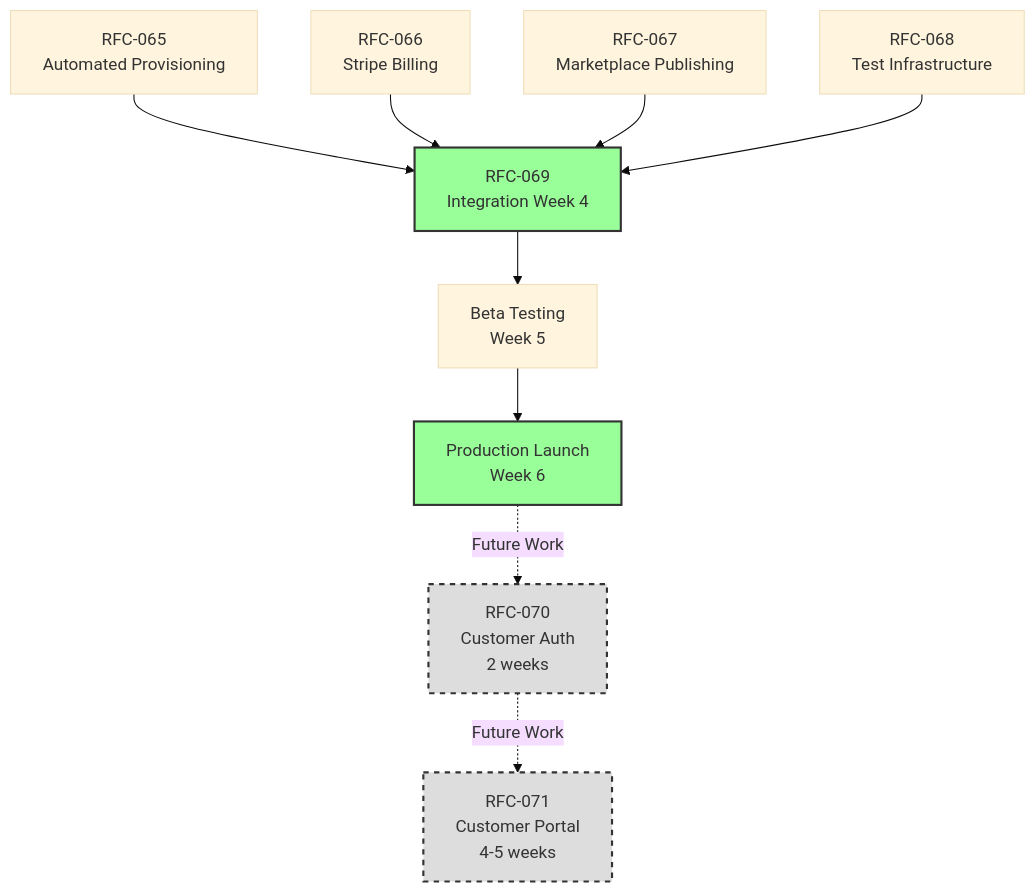
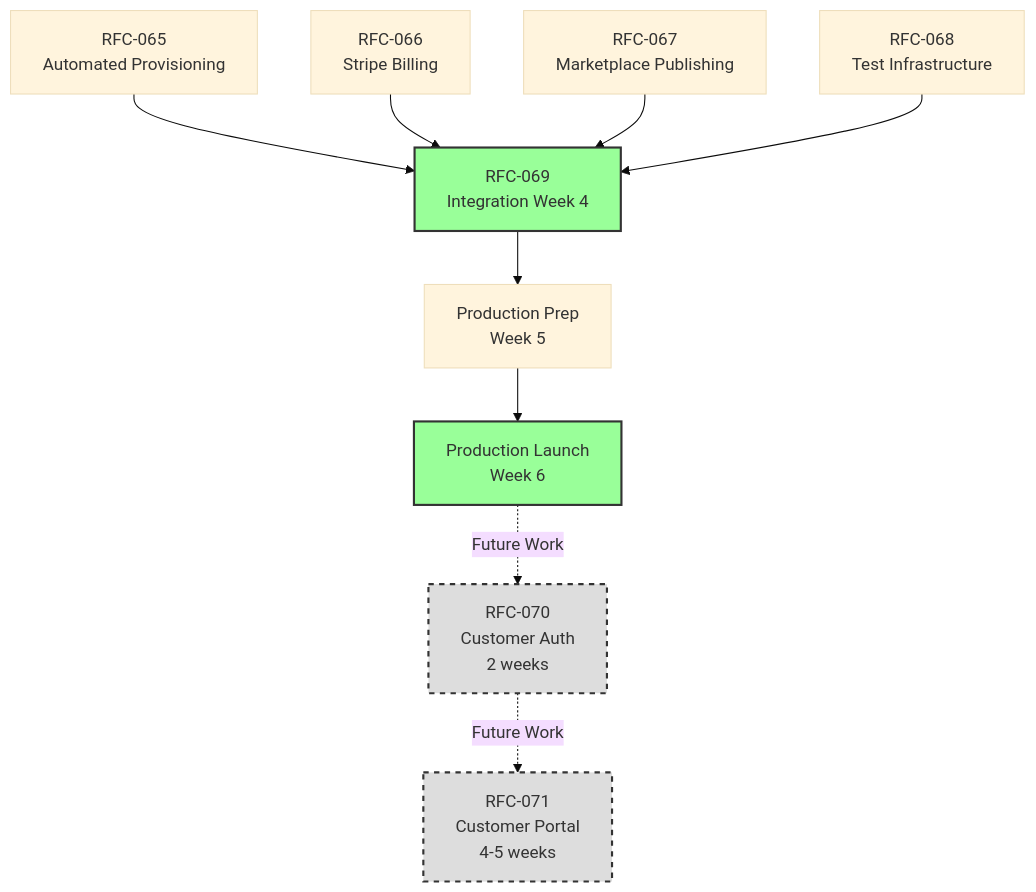
Before and after one commit to RSOLV-dev/rsolv-action: the second of 2 diagrams in RFCs/RFC-064-BILLING-PROVISIONING-MASTER-PLAN.md, drawn with Mermaid (base theme). The commit also changed other lines of this file and 3 other files, not shown here.

````diff
--- a/RFCs/RFC-064-BILLING-PROVISIONING-MASTER-PLAN.md
+++ b/RFCs/RFC-064-BILLING-PROVISIONING-MASTER-PLAN.md
@@ -64,18 +88,18 @@
 ```mermaid
 graph TB
     A[RFC-065<br/>Automated Provisioning] --> INT[RFC-069<br/>Integration Week 4]
     B[RFC-066<br/>Stripe Billing] --> INT
     C[RFC-067<br/>Marketplace Publishing] --> INT
     D[RFC-068<br/>Test Infrastructure] --> INT
 
-    INT --> BETA[Beta Testing<br/>Week 5]
-    BETA --> PROD[Production Launch<br/>Week 6]
+    INT --> PREP[Production Prep<br/>Week 5]
+    PREP --> PROD[Production Launch<br/>Week 6]
 
     PROD -.Future Work.-> AUTH[RFC-070<br/>Customer Auth<br/>2 weeks]
     AUTH -.Future Work.-> PORTAL[RFC-071<br/>Customer Portal<br/>4-5 weeks]
 
     style INT fill:#9f9,stroke:#333,stroke-width:2px
     style PROD fill:#9f9,stroke:#333,stroke-width:2px
     style AUTH fill:#ddd,stroke:#333,stroke-width:2px,stroke-dasharray: 5 5
     style PORTAL fill:#ddd,stroke:#333,stroke-width:2px,stroke-dasharray: 5 5
 ```
````
